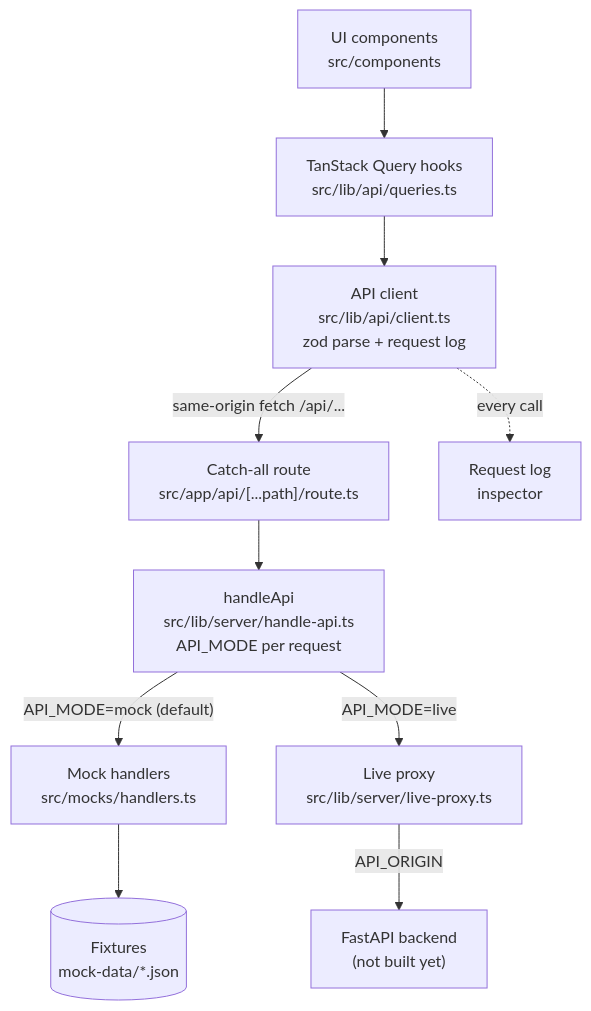
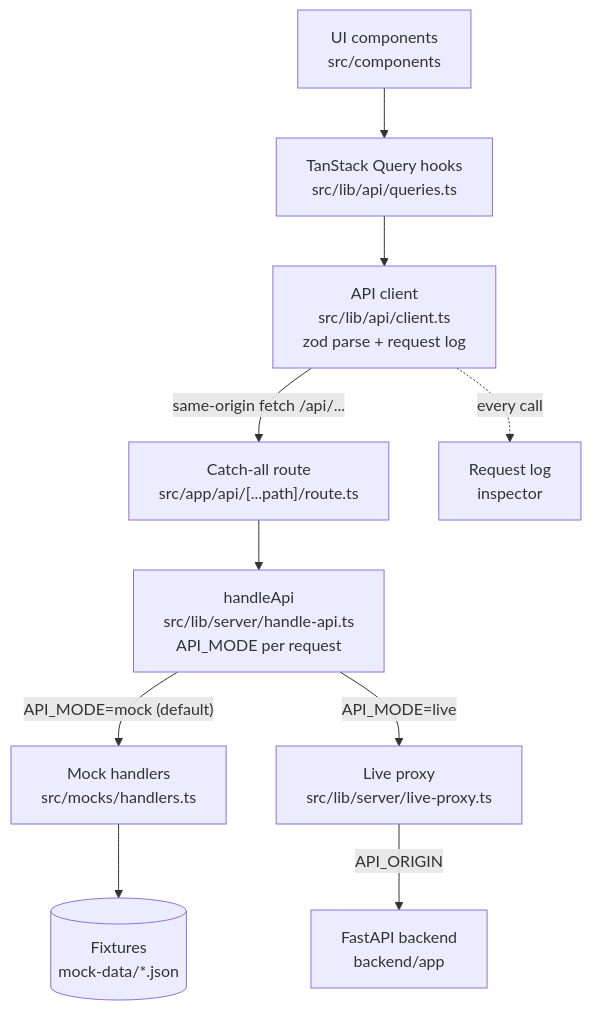
The diagram in web/docs/data-flow.md (jose-fernando-1/CropShift), drawn with Mermaid before and after one commit. The commit also changed other lines of this file and 16 other files, not shown here.

````diff
--- a/web/docs/data-flow.md
+++ b/web/docs/data-flow.md
@@ -7,12 +7,12 @@
 ```mermaid
 flowchart TD
   UI["UI components<br/>src/components"] --> Q["TanStack Query hooks<br/>src/lib/api/queries.ts"]
   Q --> C["API client<br/>src/lib/api/client.ts<br/>zod parse + request log"]
   C -->|"same-origin fetch /api/..."| R["Catch-all route<br/>src/app/api/[...path]/route.ts"]
   R --> H["handleApi<br/>src/lib/server/handle-api.ts<br/>API_MODE per request"]
   H -->|"API_MODE=mock (default)"| M["Mock handlers<br/>src/mocks/handlers.ts"]
   M --> F[("Fixtures<br/>mock-data/*.json")]
   H -->|"API_MODE=live"| P["Live proxy<br/>src/lib/server/live-proxy.ts"]
-  P -->|"API_ORIGIN"| A["FastAPI backend<br/>(not built yet)"]
+  P -->|"API_ORIGIN"| A["FastAPI backend<br/>backend/app"]
   C -.->|"every call"| L["Request log<br/>inspector"]
 ```
````
